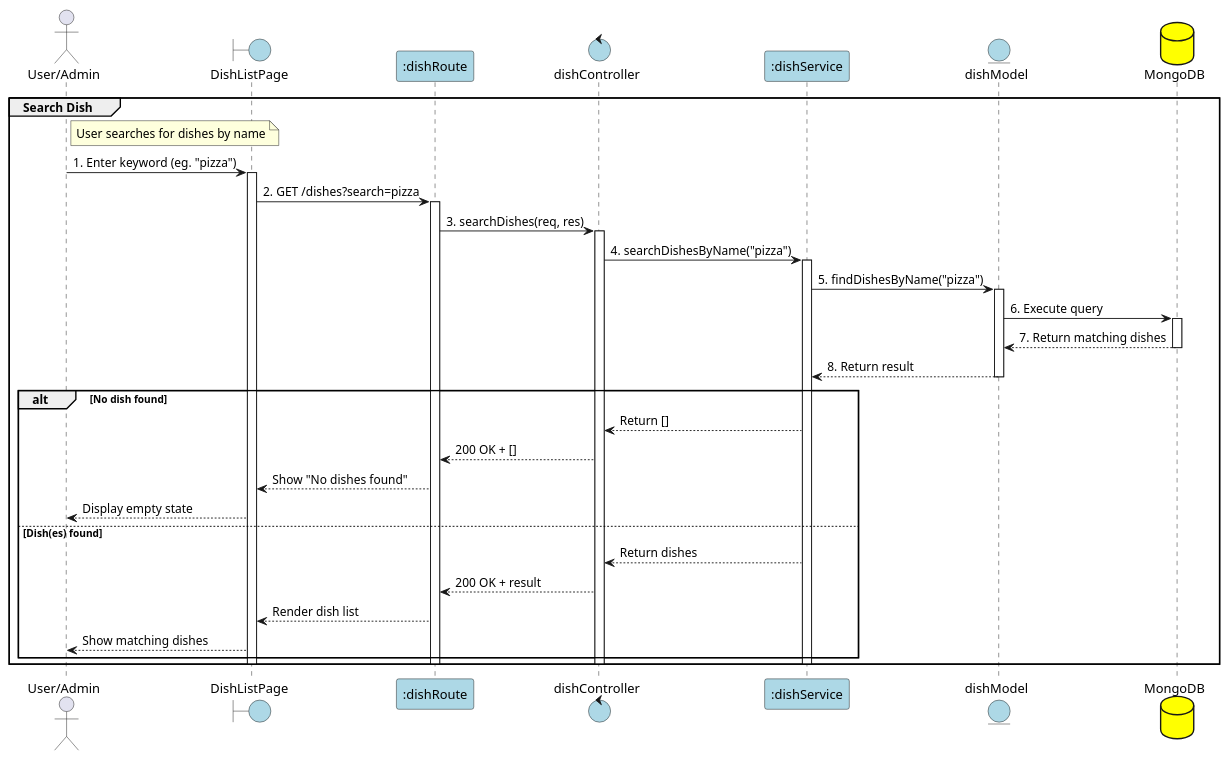
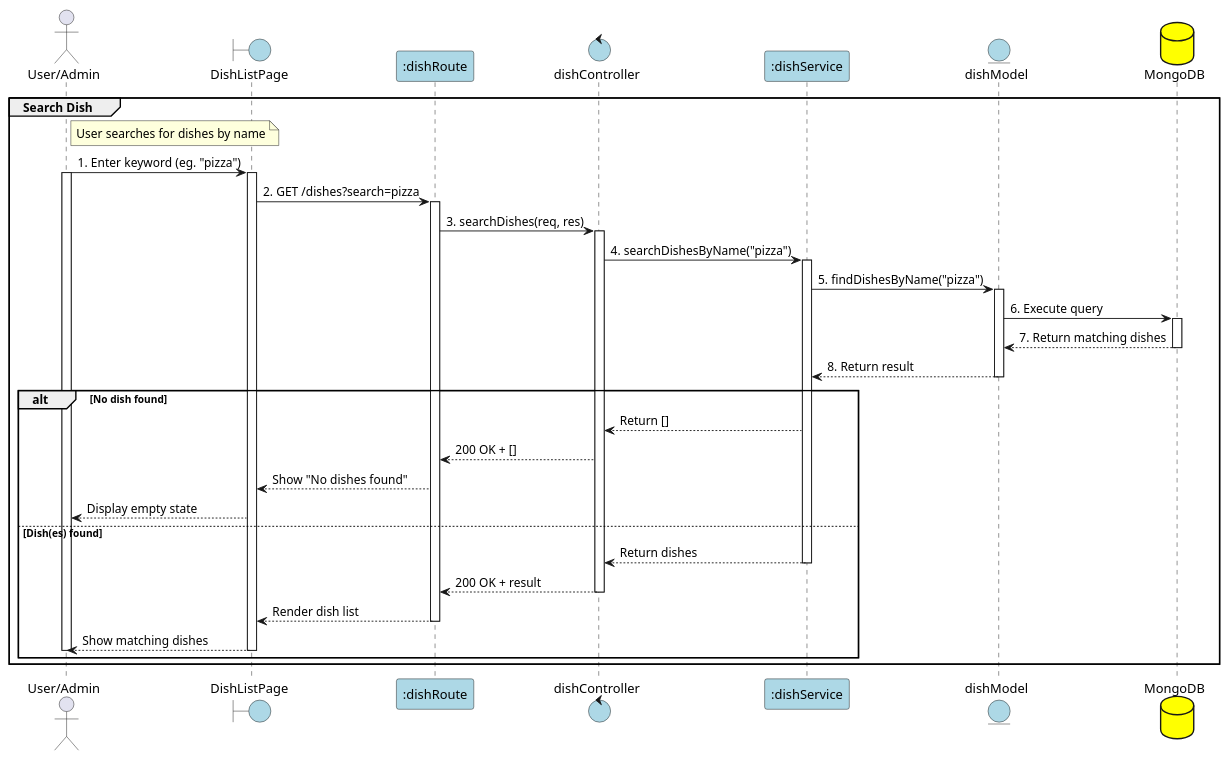
One commit to Aohkne/CaloCook changed the diagram in PlanUML/20_searchDish.puml. Above: the diagram before and after it, drawn with PlantUML. The commit also changed 20 other files, not shown here.

Commit message:
fix(uml 15 -> 33 + 36): done

```diff
--- a/PlanUML/20_searchDish.puml
+++ b/PlanUML/20_searchDish.puml
@@ -1,53 +1,55 @@
 @startuml Search Dish
 
 actor User as "User/Admin" 
 boundary "DishListPage" as View #lightblue
 participant ":dishRoute" as Route #lightblue
 control "dishController" as Controller #lightblue
 participant ":dishService" as Service #lightblue
 entity "dishModel" as Model #lightblue
 database "MongoDB" as MongoDB #yellow
 
 group Search Dish
 note right User: User searches for dishes by name
 User -> View: 1. Enter keyword (eg. "pizza")
+activate User
 activate View
 
 View -> Route: 2. GET /dishes?search=pizza
 activate Route
 
 Route -> Controller: 3. searchDishes(req, res)
 activate Controller
 
 Controller -> Service: 4. searchDishesByName("pizza")
 activate Service
 
 Service -> Model: 5. findDishesByName("pizza")
 activate Model
 
 Model -> MongoDB: 6. Execute query 
 activate MongoDB
 MongoDB --> Model: 7. Return matching dishes
 deactivate MongoDB
 
 Model --> Service: 8. Return result
 deactivate Model
 
 alt No dish found
     Service --> Controller: Return []
     Controller --> Route: 200 OK + []
     Route --> View: Show "No dishes found"
     View --> User: Display empty state
 else Dish(es) found
     Service --> Controller: Return dishes
+    deactivate Service
     Controller --> Route: 200 OK + result
+    deactivate Controller
     Route --> View: Render dish list
+    deactivate Route
     View --> User: Show matching dishes
+    deactivate View
+    deactivate User
 end
 
-deactivate Service
-deactivate Controller
-deactivate Route
-deactivate View
 end
 @enduml
```
